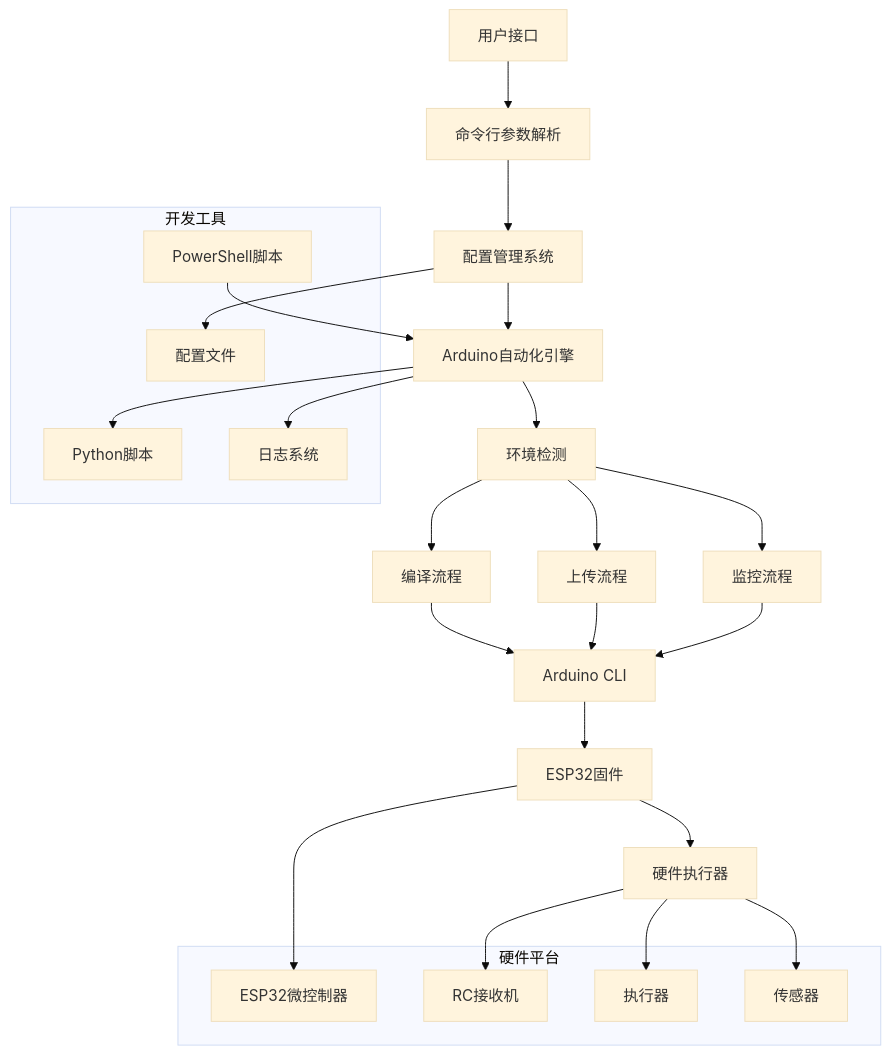
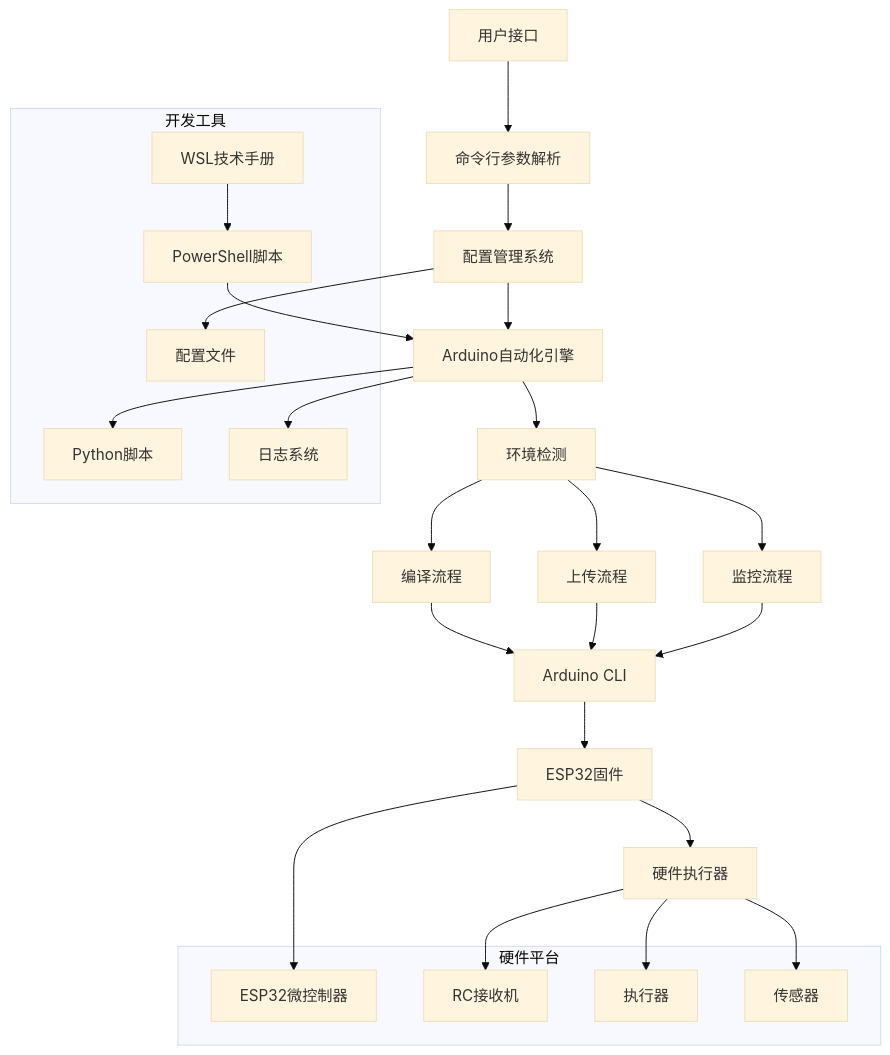
One commit to DonkeyDrift/Firmware changed the fourth of 17 diagrams in .qoder/repowiki/zh/content/开发工具与配置/Arduino CLI自动化.md. Above: the diagram before and after it, drawn with Mermaid (base theme). The commit also changed other lines of this file and 3 other files, not shown here.

````diff
--- a/.qoder/repowiki/zh/content/开发工具与配置/Arduino CLI自动化.md
+++ b/.qoder/repowiki/zh/content/开发工具与配置/Arduino CLI自动化.md
@@ -244,35 +245,37 @@
 ```mermaid
 graph TD
 A[用户接口] --> B[命令行参数解析]
 B --> C[配置管理系统]
 C --> D[Arduino自动化引擎]
 D --> E[环境检测]
 E --> F[编译流程]
 E --> G[上传流程]
 E --> H[监控流程]
 F --> I[Arduino CLI]
 G --> I
 H --> I
 I --> J[ESP32固件]
 J --> K[硬件执行器]
 subgraph Tools[开发工具]
 L[Python脚本]
 M[配置文件]
 N[日志系统]
 O[PowerShell脚本]
+P[WSL技术手册]
 end
 subgraph Hardware[硬件平台]
-P[ESP32微控制器]
-Q[RC接收机]
-R[执行器]
-S[传感器]
+Q[ESP32微控制器]
+R[RC接收机]
+S[执行器]
+T[传感器]
 end
 D --> L
 C --> M
 D --> N
-J --> P
-K --> Q
+J --> Q
 K --> R
 K --> S
+K --> T
 O --> D
+P --> O
 ```
````
